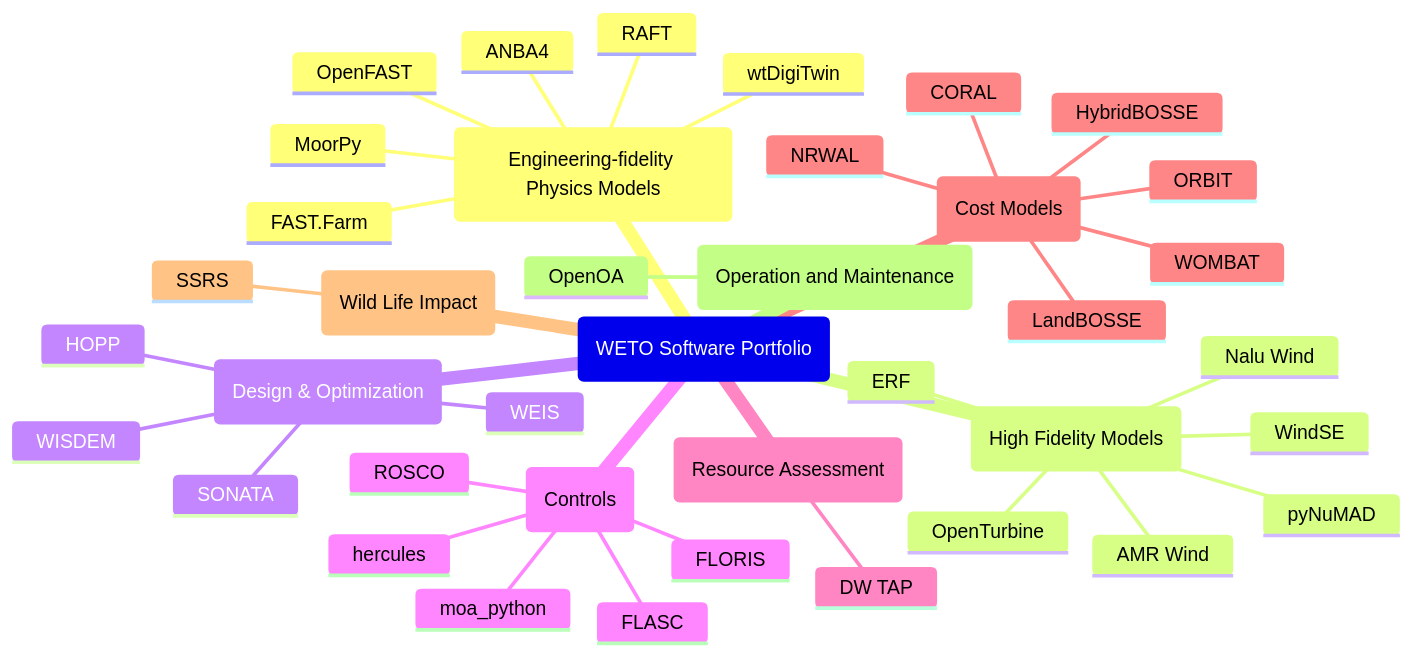
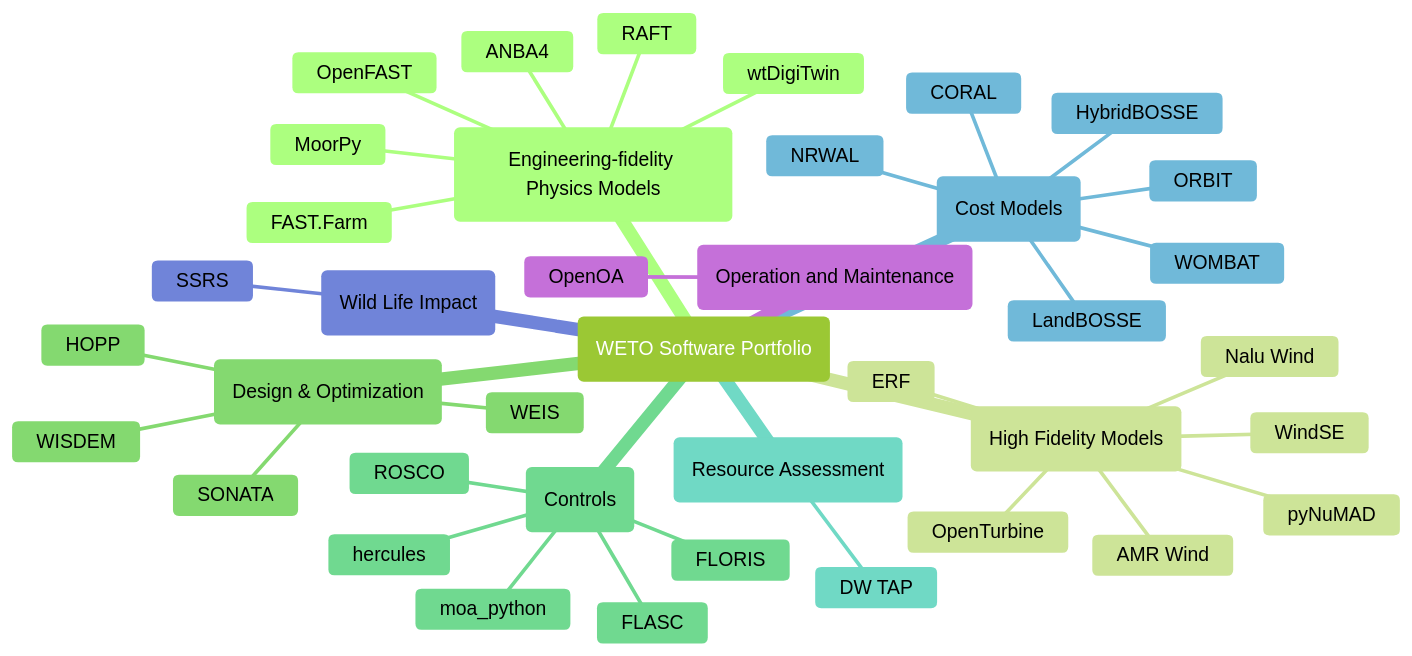
One commit to NREL/WETOStack changed the diagram in docs/capabilities/overview.md. Above: the diagram before and after it, drawn with Mermaid. The commit also changed 2 other files, not shown here.

Commit message:
Use forest theme for mindmaps

````diff
--- a/docs/capabilities/overview.md
+++ b/docs/capabilities/overview.md
@@ -7,49 +7,51 @@
 ```{mermaid}
+%%{init: { 'logLevel': 'debug', 'theme': 'forest' } }%%
+
 mindmap
     root("WETO Software Portfolio")
         ps(Engineering-fidelity Physics Models)
             OpenFAST
             FAST.Farm
             MoorPy
             wtDigiTwin
             ANBA4
             RAFT
 
         hfm(High Fidelity Models)
             AMR Wind
             Nalu Wind
             OpenTurbine
             ERF
             WindSE
             pyNuMAD
 
         do(Design & Optimization)
             WEIS
             WISDEM
             HOPP
             SONATA
 
         ctrl(Controls)
             ROSCO
             FLORIS
             FLASC
             hercules
             moa_python
 
         ra(Resource Assessment)
             DW TAP
 
         cost(Cost Models)
             LandBOSSE
             HybridBOSSE
             ORBIT
             CORAL
             NRWAL
             WOMBAT
 
         wild(Wild Life Impact)
             SSRS
 
         om(Operation and Maintenance)
             OpenOA
 ```
````
